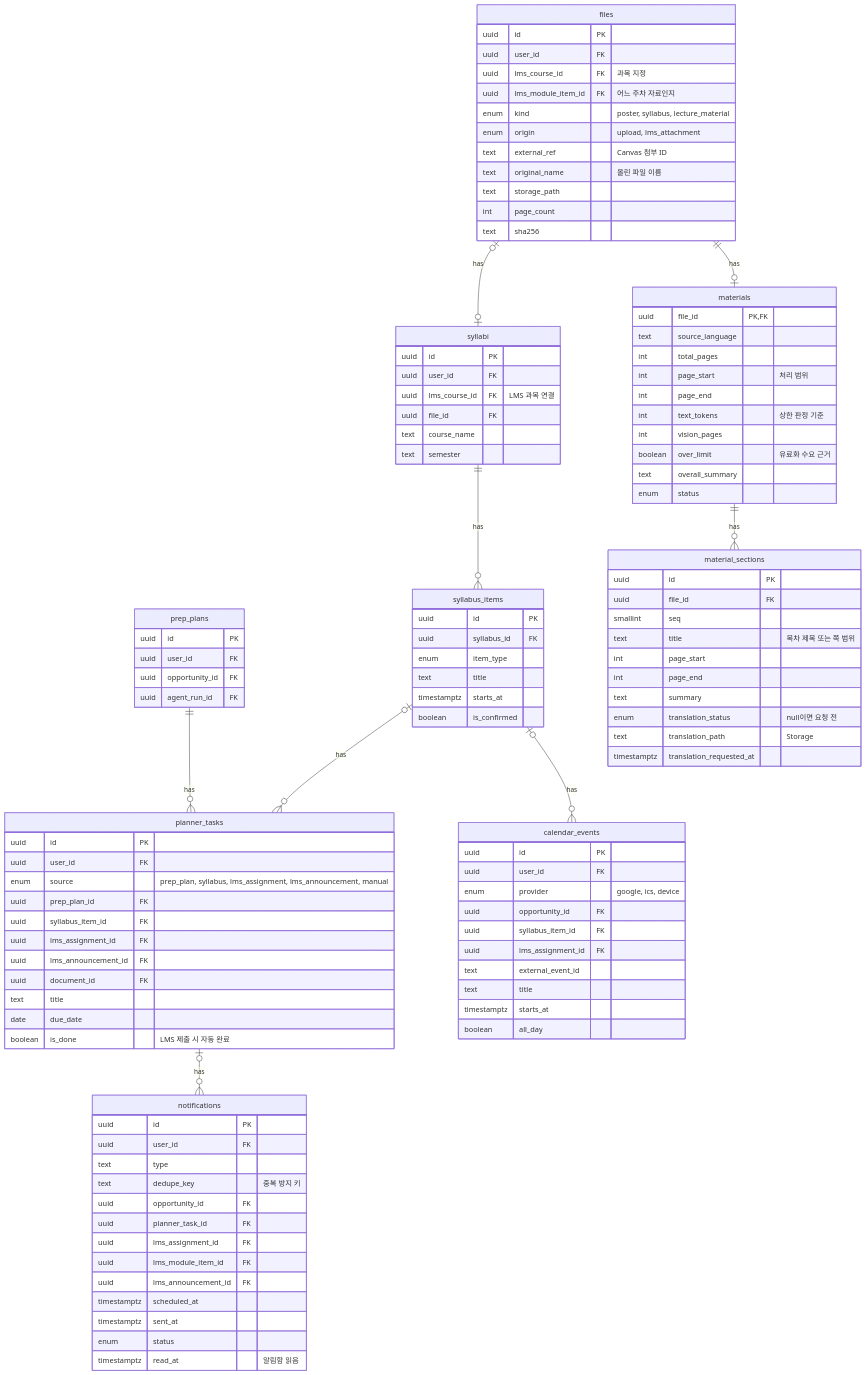
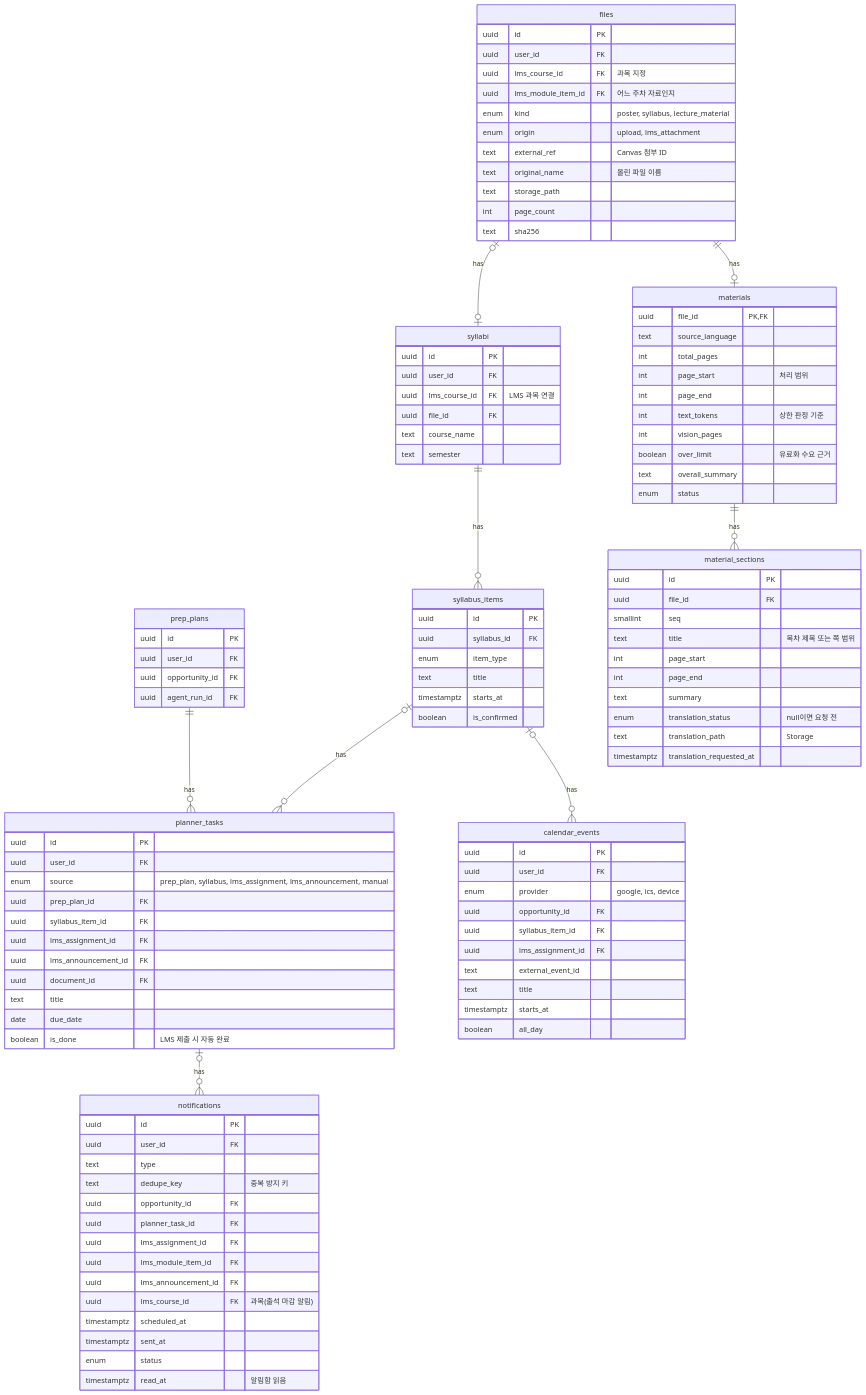
The fifth of 6 diagrams in docs/ERD_v0.9.md (Happy623623/Unipivot), drawn with Mermaid before and after one commit. The commit also changed other lines of this file and 17 other files, not shown here.

```diff
--- a/docs/ERD_v0.9.md
+++ b/docs/ERD_v0.9.md
@@ -506,6 +506,7 @@
         uuid lms_assignment_id FK
         uuid lms_module_item_id FK
         uuid lms_announcement_id FK
+        uuid lms_course_id FK "과목(출석 마감 알림)"
         timestamptz scheduled_at
         timestamptz sent_at
         enum status
```
